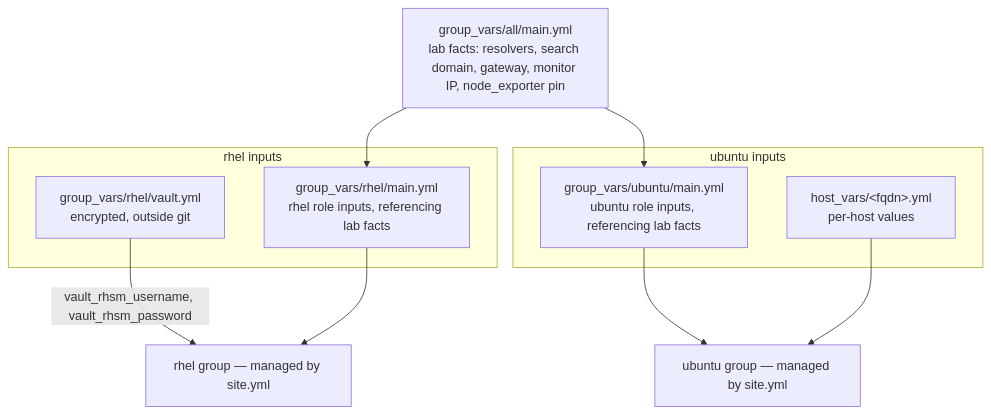
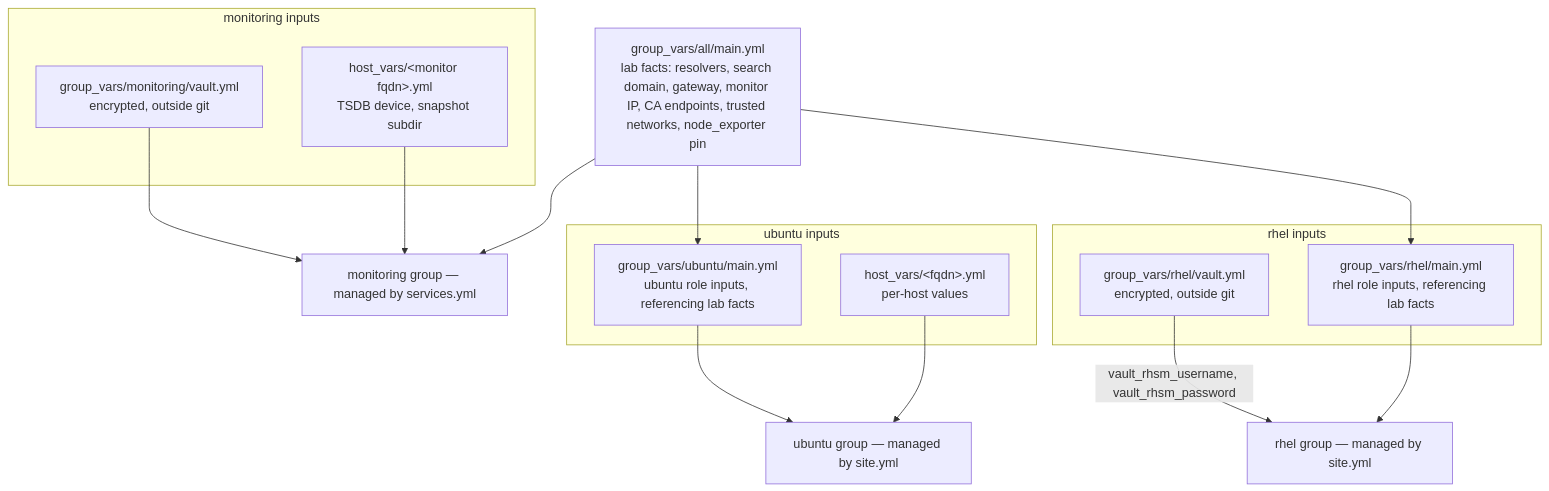
One commit to eugeneivanov-dev/ansible changed the diagram in README.md. Above: the diagram before and after it, drawn with Mermaid. The commit also changed other lines of this file, not shown here.

Commit message:
README: document the services layer — monitoring stack, variables flow, CI

````diff
--- a/README.md
+++ b/README.md
@@ -40,24 +41,33 @@
 ```mermaid
 flowchart TB
-    lab_facts["group_vars/all/main.yml<br/>lab facts: resolvers, search domain, gateway, monitor IP, node_exporter pin"]
+    lab_facts["group_vars/all/main.yml<br/>lab facts: resolvers, search domain, gateway, monitor IP, CA endpoints, trusted networks, node_exporter pin"]
 
     subgraph rhel_inputs["rhel inputs"]
         vault["group_vars/rhel/vault.yml<br/>encrypted, outside git"]
         rhel_vars["group_vars/rhel/main.yml<br/>rhel role inputs, referencing lab facts"]
     end
 
     subgraph ubuntu_inputs["ubuntu inputs"]
         ubuntu_vars["group_vars/ubuntu/main.yml<br/>ubuntu role inputs, referencing lab facts"]
         host_vars["host_vars/&lt;fqdn&gt;.yml<br/>per-host values"]
     end
 
+    subgraph monitoring_inputs["monitoring inputs"]
+        mon_vault["group_vars/monitoring/vault.yml<br/>encrypted, outside git"]
+        mon_host_vars["host_vars/&lt;monitor fqdn&gt;.yml<br/>TSDB device, snapshot subdir"]
+    end
+
     rhel["rhel group — managed by site.yml"]
     ubuntu["ubuntu group — managed by site.yml"]
+    monitoring["monitoring group — managed by services.yml"]
 
     vault -- "vault_rhsm_username, vault_rhsm_password" --> rhel
     lab_facts --> rhel_vars
     lab_facts --> ubuntu_vars
+    lab_facts --> monitoring
     rhel_vars --> rhel
     ubuntu_vars --> ubuntu
     host_vars --> ubuntu
+    mon_vault --> monitoring
+    mon_host_vars --> monitoring
 ```
````
